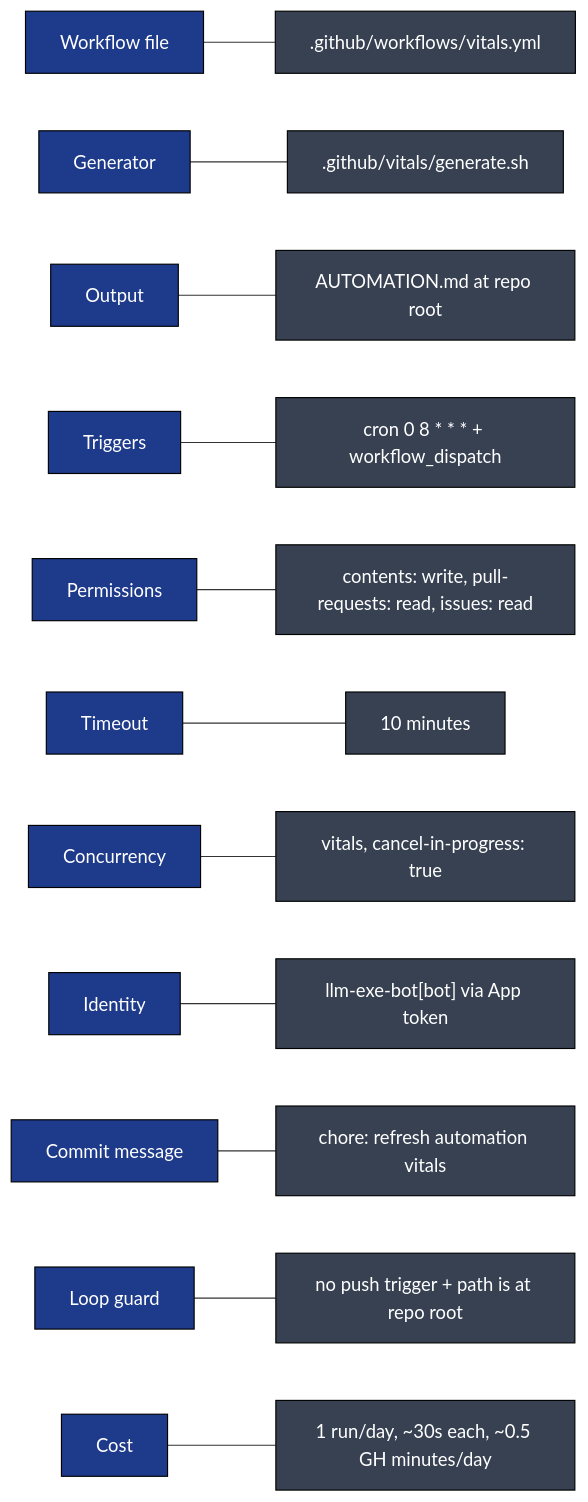
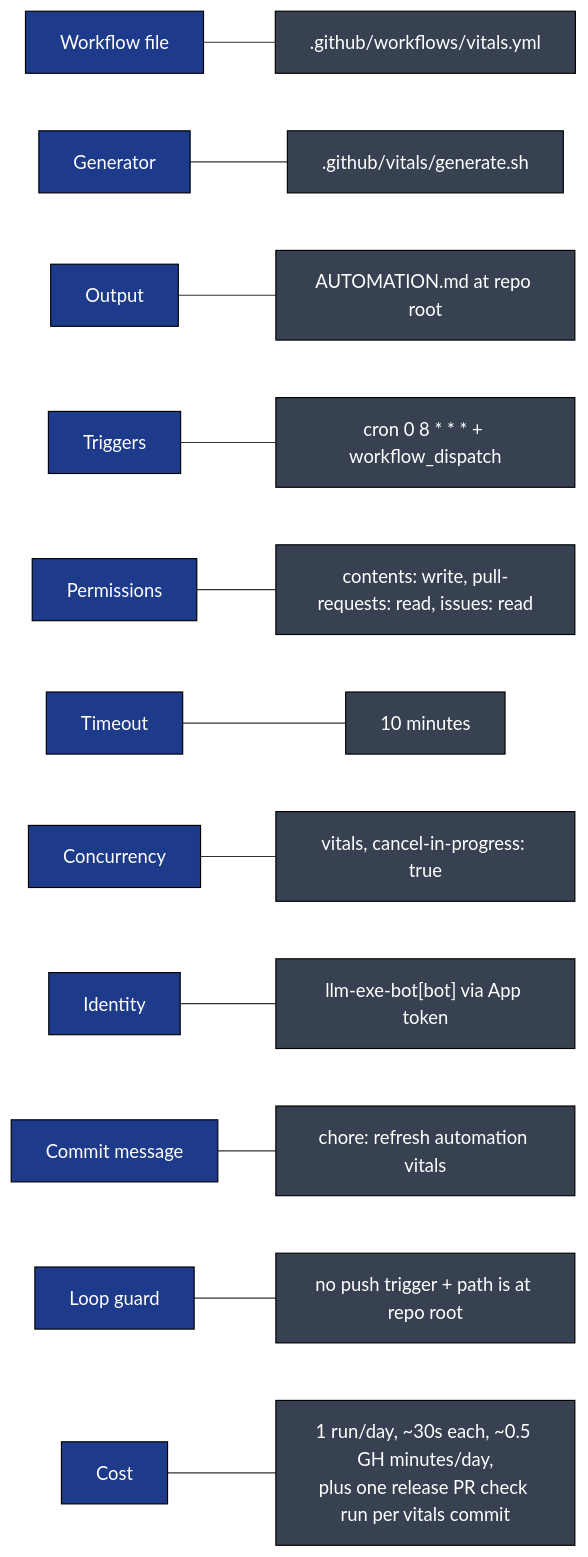
Diagram 14 of 14 in .github/docs/VITALS_DEEP_DIVE.md (llm-exe/llm-exe), drawn with Mermaid before and after one commit.

Commit message:
docs(vitals): count the release PR check run in the cost row

````diff
--- a/.github/docs/VITALS_DEEP_DIVE.md
+++ b/.github/docs/VITALS_DEEP_DIVE.md
@@ -429,17 +429,17 @@
 ```mermaid
 flowchart LR
     classDef k fill:#1e3a8a,color:#fff,stroke:#000
     classDef v fill:#374151,color:#fff,stroke:#000
 
     K1["Workflow file"]:::k --- V1[".github/workflows/vitals.yml"]:::v
     K2["Generator"]:::k --- V2[".github/vitals/generate.sh"]:::v
     K3["Output"]:::k --- V3["AUTOMATION.md at repo root"]:::v
     K4["Triggers"]:::k --- V4["cron 0 8 * * * + workflow_dispatch"]:::v
     K5["Permissions"]:::k --- V5["contents: write, pull-requests: read, issues: read"]:::v
     K6["Timeout"]:::k --- V6["10 minutes"]:::v
     K7["Concurrency"]:::k --- V7["vitals, cancel-in-progress: true"]:::v
     K8["Identity"]:::k --- V8["llm-exe-bot[bot] via App token"]:::v
     K9["Commit message"]:::k --- V9["chore: refresh automation vitals"]:::v
     K10["Loop guard"]:::k --- V10["no push trigger + path is at repo root"]:::v
-    K11["Cost"]:::k --- V11["1 run/day, ~30s each, ~0.5 GH minutes/day"]:::v
+    K11["Cost"]:::k --- V11["1 run/day, ~30s each, ~0.5 GH minutes/day,<br/>plus one release PR check run per vitals commit"]:::v
 ```
````
